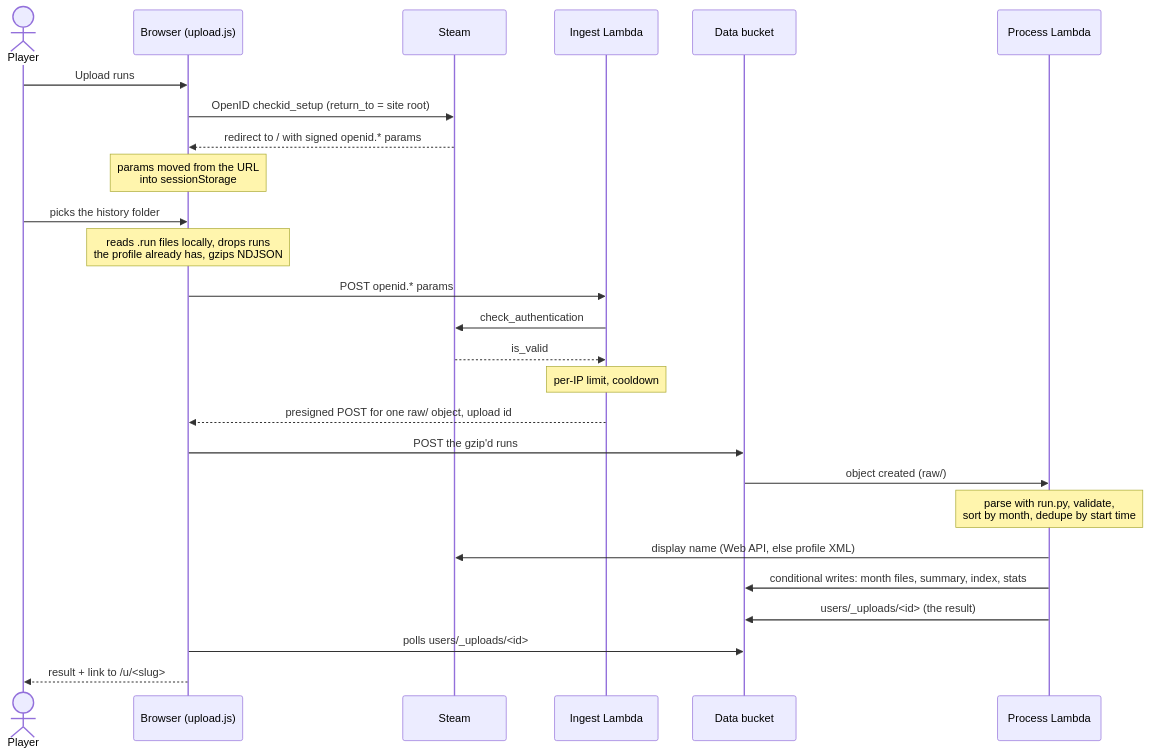
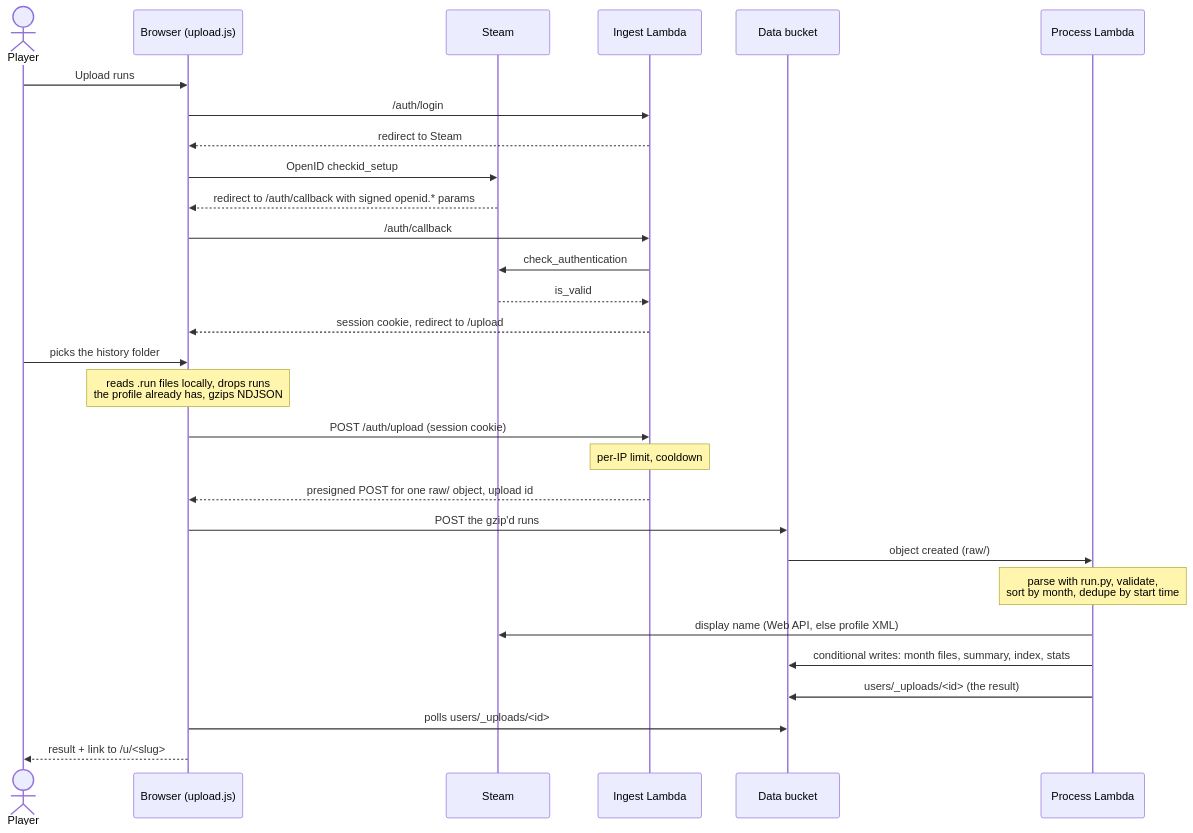
The second of 5 diagrams in README.md (johnstonjesse329/slay-my-stats), drawn with Mermaid before and after one commit. The commit also changed other lines of this file and 17 other files, not shown here.

First line of the commit message:
Prod Steam sign-in: one 30-day session for uploads and feedback

````diff
--- a/README.md
+++ b/README.md
@@ -286,29 +286,32 @@
 ```mermaid
 sequenceDiagram
     actor P as Player
     participant B as Browser (upload.js)
     participant S as Steam
     participant L as Ingest Lambda
     participant D as Data bucket
     participant R as Process Lambda
 
     P->>B: Upload runs
-    B->>S: OpenID checkid_setup (return_to = site root)
-    S-->>B: redirect to / with signed openid.* params
-    Note over B: params moved from the URL<br/>into sessionStorage
+    B->>L: /auth/login
+    L-->>B: redirect to Steam
+    B->>S: OpenID checkid_setup
+    S-->>B: redirect to /auth/callback with signed openid.* params
+    B->>L: /auth/callback
+    L->>S: check_authentication
+    S-->>L: is_valid
+    L-->>B: session cookie, redirect to /upload
     P->>B: picks the history folder
     Note over B: reads .run files locally, drops runs<br/>the profile already has, gzips NDJSON
-    B->>L: POST openid.* params
-    L->>S: check_authentication
-    S-->>L: is_valid
+    B->>L: POST /auth/upload (session cookie)
     Note over L: per-IP limit, cooldown
     L-->>B: presigned POST for one raw/ object, upload id
     B->>D: POST the gzip'd runs
     D->>R: object created (raw/)
     Note over R: parse with run.py, validate,<br/>sort by month, dedupe by start time
     R->>S: display name (Web API, else profile XML)
     R->>D: conditional writes: month files, summary, index, stats
     R->>D: users/_uploads/<id> (the result)
     B->>D: polls users/_uploads/<id>
     B-->>P: result + link to /u/<slug>
 ```
````
